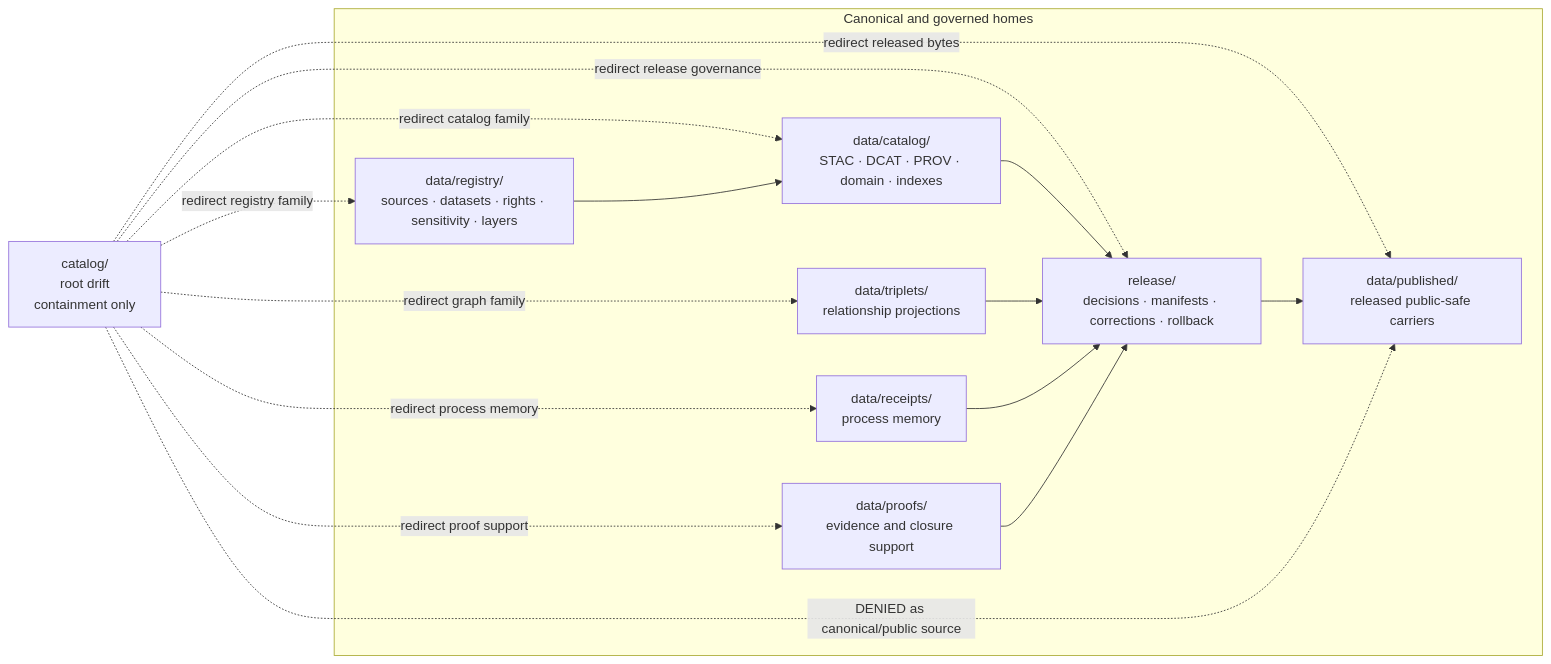
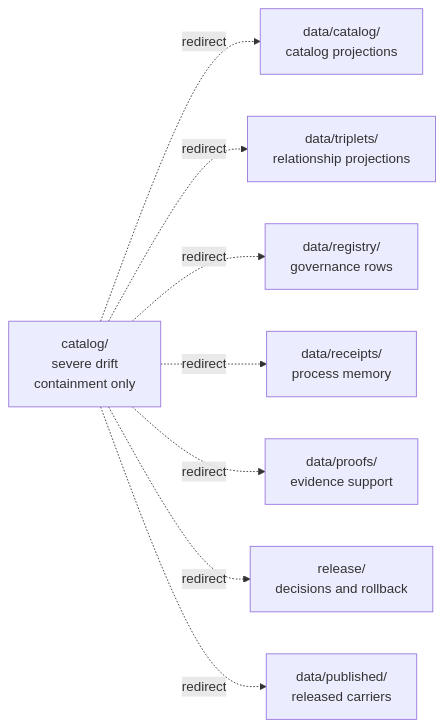
One commit to bartytime4life/Kansas-Frontier-Matrix changed the diagram in catalog/README.md. Above: the diagram before and after it, drawn with Mermaid. The commit also changed other lines of this file and 1 other file, not shown here.

Commit message:
Converge catalog containment indexes

````diff
--- a/catalog/README.md
+++ b/catalog/README.md
@@ -525,31 +173,19 @@
 ```mermaid
 flowchart LR
-    ROOT["catalog/<br/>root drift<br/>containment only"]
+    ROOT["catalog/<br/>severe drift<br/>containment only"]
+    CAT["data/catalog/<br/>catalog projections"]
+    TRI["data/triplets/<br/>relationship projections"]
+    REG["data/registry/<br/>governance rows"]
+    REC["data/receipts/<br/>process memory"]
+    PROOF["data/proofs/<br/>evidence support"]
+    REL["release/<br/>decisions and rollback"]
+    PUB["data/published/<br/>released carriers"]
 
-    subgraph CANON["Canonical and governed homes"]
-      CAT["data/catalog/<br/>STAC · DCAT · PROV · domain · indexes"]
-      TRI["data/triplets/<br/>relationship projections"]
-      REG["data/registry/<br/>sources · datasets · rights · sensitivity · layers"]
-      REC["data/receipts/<br/>process memory"]
-      PROOF["data/proofs/<br/>evidence and closure support"]
-      REL["release/<br/>decisions · manifests · corrections · rollback"]
-      PUB["data/published/<br/>released public-safe carriers"]
-    end
-
-    ROOT -. "redirect catalog family" .-> CAT
-    ROOT -. "redirect graph family" .-> TRI
-    ROOT -. "redirect registry family" .-> REG
-    ROOT -. "redirect process memory" .-> REC
-    ROOT -. "redirect proof support" .-> PROOF
-    ROOT -. "redirect release governance" .-> REL
-    ROOT -. "redirect released bytes" .-> PUB
-
-    CAT --> REL
-    TRI --> REL
-    REG --> CAT
-    REC --> REL
-    PROOF --> REL
-    REL --> PUB
-
-    ROOT -. "DENIED as canonical/public source" .-> PUB
+    ROOT -. redirect .-> CAT
+    ROOT -. redirect .-> TRI
+    ROOT -. redirect .-> REG
+    ROOT -. redirect .-> REC
+    ROOT -. redirect .-> PROOF
+    ROOT -. redirect .-> REL
+    ROOT -. redirect .-> PUB
 ```
````
